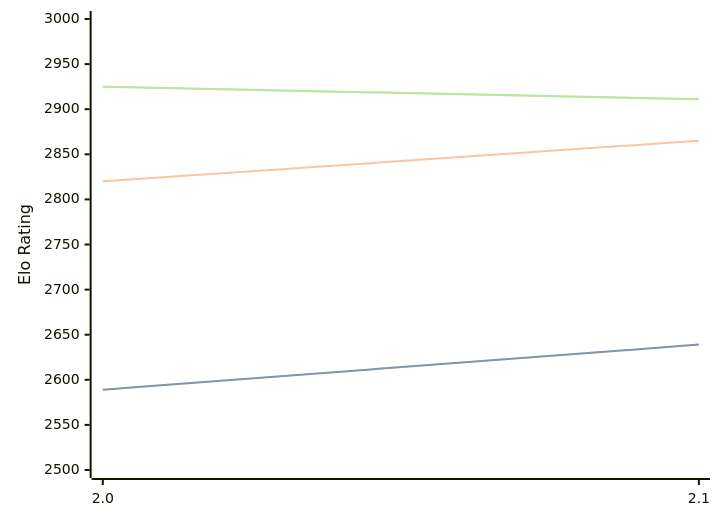
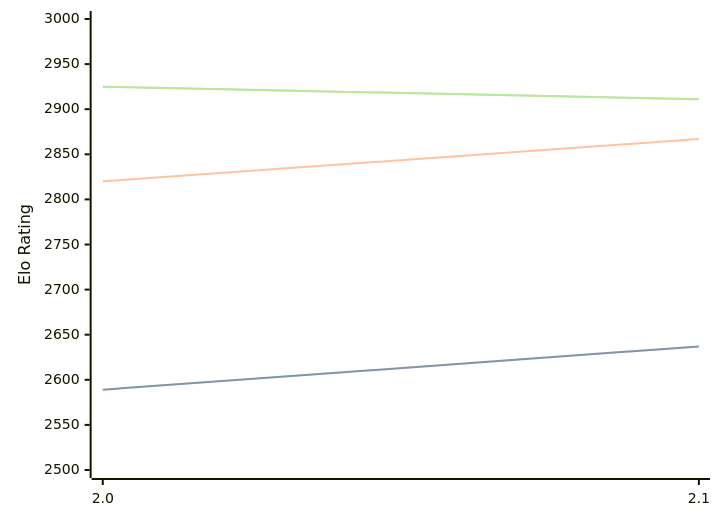
Before and after one commit to computer-chess-index/cci: the diagram in engines/Noggin.md, drawn with Mermaid. The commit also changed other lines of this file, not shown here.

````diff
--- a/engines/Noggin.md
+++ b/engines/Noggin.md
@@ -33,11 +33,11 @@
 ```mermaid
 %%{init: {"theme":"base","themeVariables":{"seriesColors:['#a3a3a3','#222221','#faa371']}}}%%
 xychart-beta
   x-axis ["2.0", "2.1"]
   y-axis "Elo Rating" 2500 --> 3000
-  line "STC (8.0+0.08s)" [2589, 2639]
-  line "STC (8.0+0.08s)" [2589, 2639]
-  line "LTC (60.0+0.60s)" [2820, 2865]
+  line "STC (8.0+0.08s)" [2589, 2637]
+  line "STC (8.0+0.08s)" [2589, 2637]
+  line "LTC (60.0+0.60s)" [2820, 2867]
   line "VLTC (2m24s+1.12s)" [2925, 2911]
   line "VLTC (2m24s+1.12s)" [2925, 2911]
 ```
````
